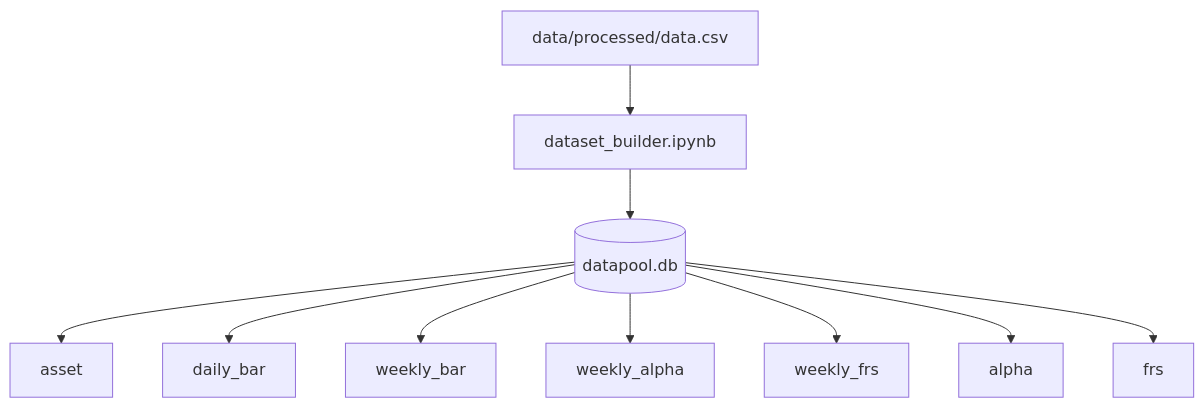
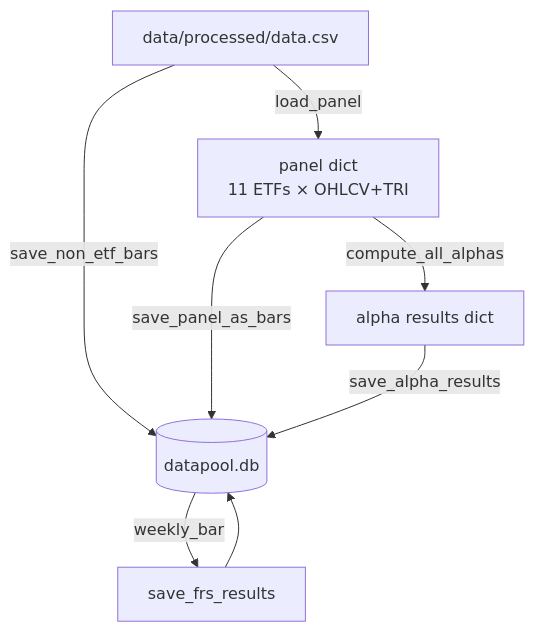
Before and after one commit to simonsparkwolf-del/ETF-QUANT-LAB: the second of 2 diagrams in docs/01 Data Infra.md, drawn with Mermaid. The commit also changed other lines of this file and 7 other files, not shown here.

````diff
--- a/docs/01 Data Infra.md
+++ b/docs/01 Data Infra.md
@@ -9,12 +13,15 @@
 ```mermaid
 flowchart TB
-    CSV[data/processed/data.csv] --> NB[dataset_builder.ipynb]
-    NB --> DB[(datapool.db)]
-    DB --> asset[asset]
-    DB --> daily_bar[daily_bar]
-    DB --> weekly_bar[weekly_bar]
-    DB --> weekly_alpha[weekly_alpha]
-    DB --> weekly_frs[weekly_frs]
-    DB --> alpha_reg[alpha]
-    DB --> frs_reg[frs]
+    CSV[data/processed/data.csv]
+    CSV -->|load_panel| panel[panel dict\n11 ETFs × OHLCV+TRI]
+    CSV -->|save_non_etf_bars| DB
+
+    panel -->|save_panel_as_bars| DB
+    panel -->|compute_all_alphas| alphas[alpha results dict]
+    alphas -->|save_alpha_results| DB
+
+    DB -->|weekly_bar| frs_compute[save_frs_results]
+    frs_compute --> DB
+
+    DB[(datapool.db)]
 ```
````
